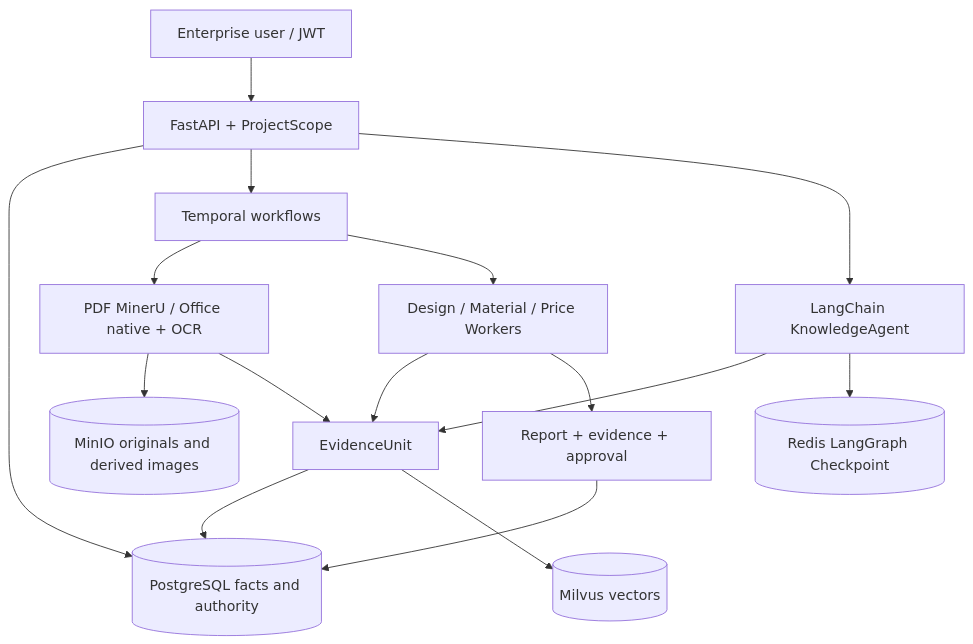
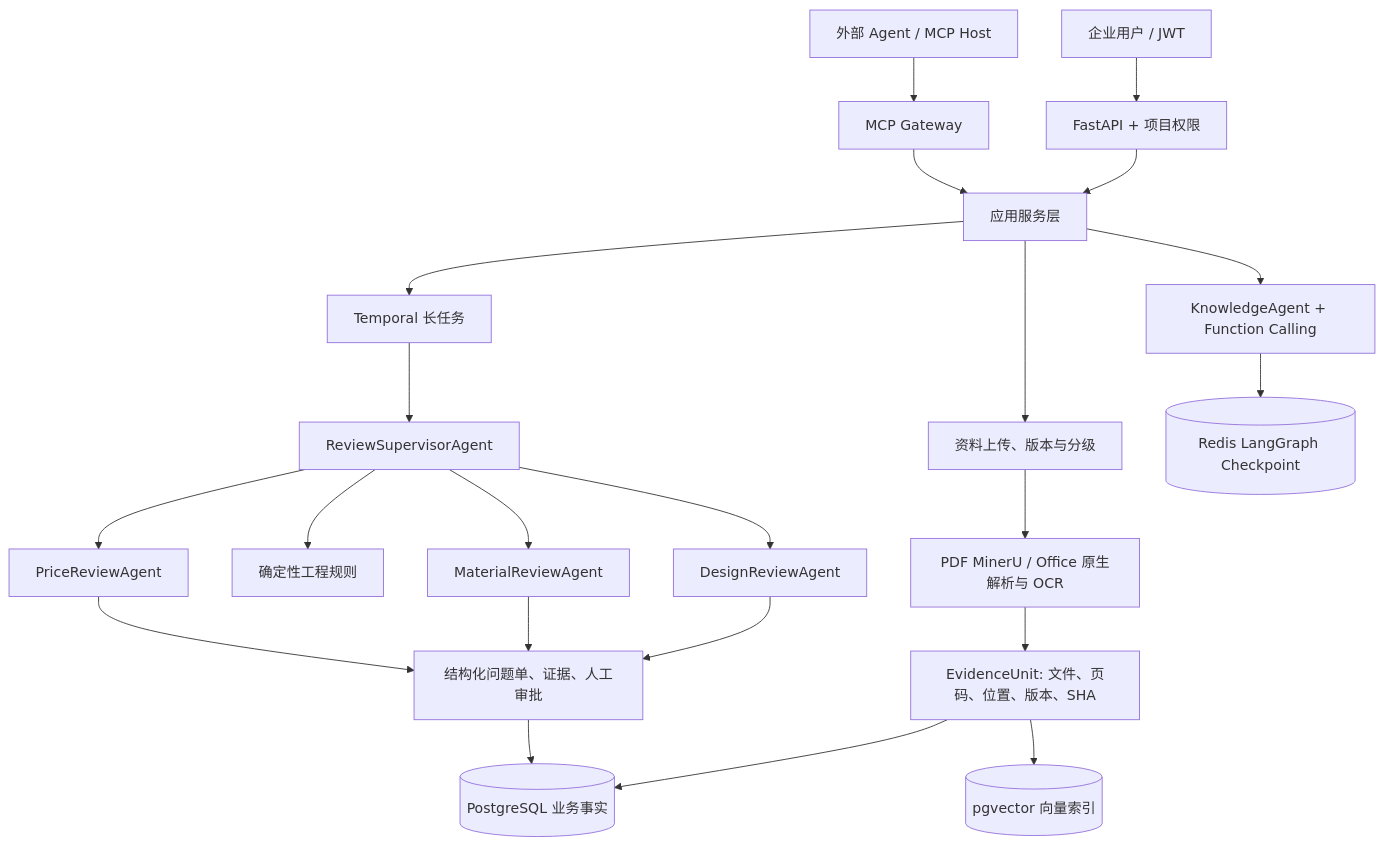
The diagram in docs/architecture.md (xbzz1018/membrane-engineering-knowledge-agent), drawn with Mermaid before and after one commit. The commit also changed other lines of this file and 188 other files, not shown here.

````diff
--- a/docs/architecture.md
+++ b/docs/architecture.md
@@ -5,18 +5,24 @@
 ```mermaid
 flowchart TD
-    U[Enterprise user / JWT] --> API[FastAPI + ProjectScope]
-    API --> PG[(PostgreSQL facts and authority)]
-    API --> T[Temporal workflows]
-    T --> P[PDF MinerU / Office native + OCR]
-    P --> MIO[(MinIO originals and derived images)]
-    P --> E[EvidenceUnit]
-    E --> PG
-    E --> MV[(Milvus vectors)]
-    API --> KA[LangChain KnowledgeAgent]
-    T --> W[Design / Material / Price Workers]
-    KA --> E
-    W --> E
-    W --> R[Report + evidence + approval]
-    R --> PG
+    U[企业用户 / JWT] --> API[FastAPI + 项目权限]
+    H[外部 Agent / MCP Host] --> MCP[MCP Gateway]
+    API --> APP[应用服务层]
+    MCP --> APP
+    APP --> DOC[资料上传、版本与分级]
+    DOC --> P[PDF MinerU / Office 原生解析与 OCR]
+    P --> E[EvidenceUnit: 文件、页码、位置、版本、SHA]
+    E --> PG[(PostgreSQL 业务事实)]
+    E --> V[(pgvector 向量索引)]
+    APP --> KA[KnowledgeAgent + Function Calling]
+    APP --> T[Temporal 长任务]
+    T --> S[ReviewSupervisorAgent]
+    S --> R[确定性工程规则]
+    S --> D[DesignReviewAgent]
+    S --> M[MaterialReviewAgent]
+    S --> C[PriceReviewAgent]
+    D --> I[结构化问题单、证据、人工审批]
+    M --> I
+    C --> I
+    I --> PG
     KA --> RC[(Redis LangGraph Checkpoint)]
 ```
````
